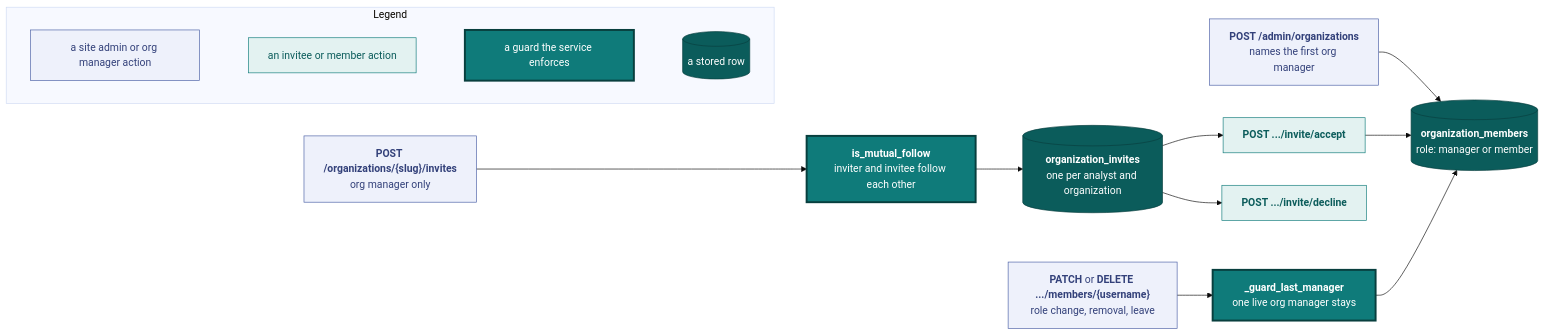
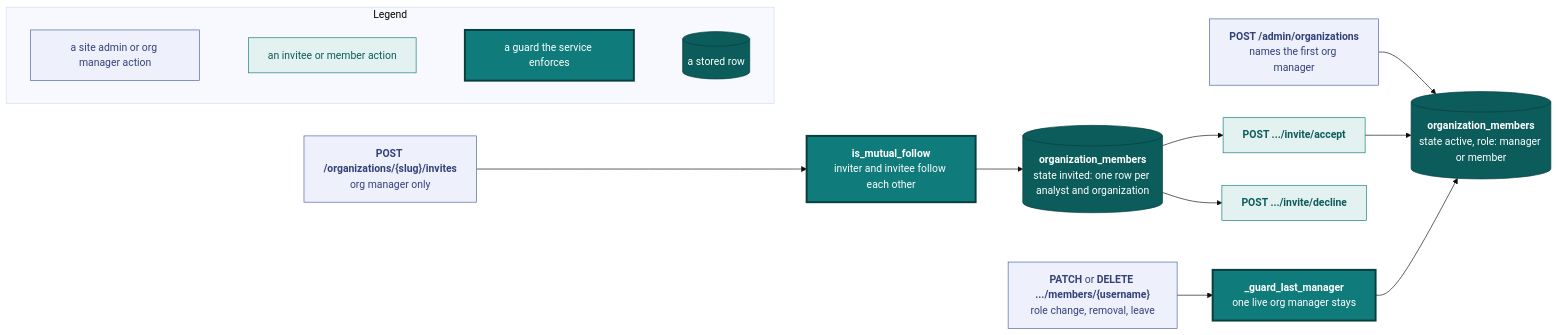
Before and after one commit to vidithq/vidit: the ninth of 9 diagrams in docs/api.md, drawn with Mermaid (base theme). The commit also changed other lines of this file and 617 other files, not shown here.

````diff
--- a/docs/api.md
+++ b/docs/api.md
@@ -2867,39 +2823,39 @@
 ```mermaid
 flowchart LR
   classDef spec fill:#eef1fb,stroke:#4a5fa5,color:#33417a
   classDef shared fill:#e3f2f1,stroke:#0f7b7a,color:#0b5c5b
   classDef core fill:#0f7b7a,stroke:#083f3e,stroke-width:3px,color:#ffffff
   classDef store fill:#0b5c5b,stroke:#083f3e,color:#ffffff
 
   subgraph legend [Legend]
     direction LR
     l1["`a site admin or org manager action`"]:::spec
     l2["`an invitee or member action`"]:::shared
     l3["`a guard the service enforces`"]:::core
     l4[("`a stored row`")]:::store
     l1 ~~~ l2 ~~~ l3 ~~~ l4
   end
 
   create["`**POST /admin/organizations**
   names the first org manager`"]:::spec
   invite["`**POST /organizations/{slug}/invites**
   org manager only`"]:::spec
   mutual["`**is_mutual_follow**
   inviter and invitee follow each other`"]:::core
-  pending[("`**organization_invites**
-  one per analyst and organization`")]:::store
+  pending[("`**organization_members**
+  state invited: one row per analyst and organization`")]:::store
   accept["`**POST .../invite/accept**`"]:::shared
   decline["`**POST .../invite/decline**`"]:::shared
   members[("`**organization_members**
-  role: manager or member`")]:::store
+  state active, role: manager or member`")]:::store
   manage["`**PATCH** or **DELETE .../members/{username}**
   role change, removal, leave`"]:::spec
   last["`**_guard_last_manager**
   one live org manager stays`"]:::core
 
   create --> members
   invite --> mutual --> pending
   pending --> accept --> members
   pending --> decline
   manage --> last --> members
 ```
````
